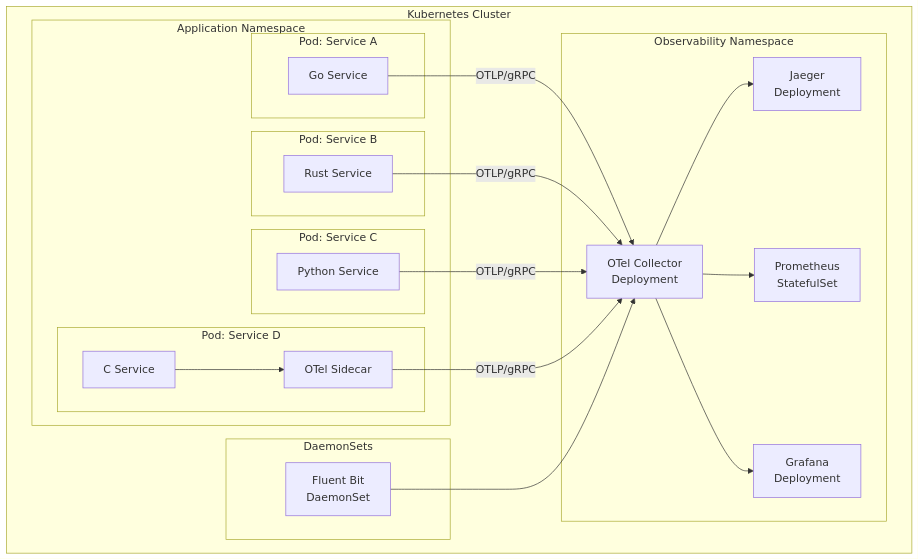
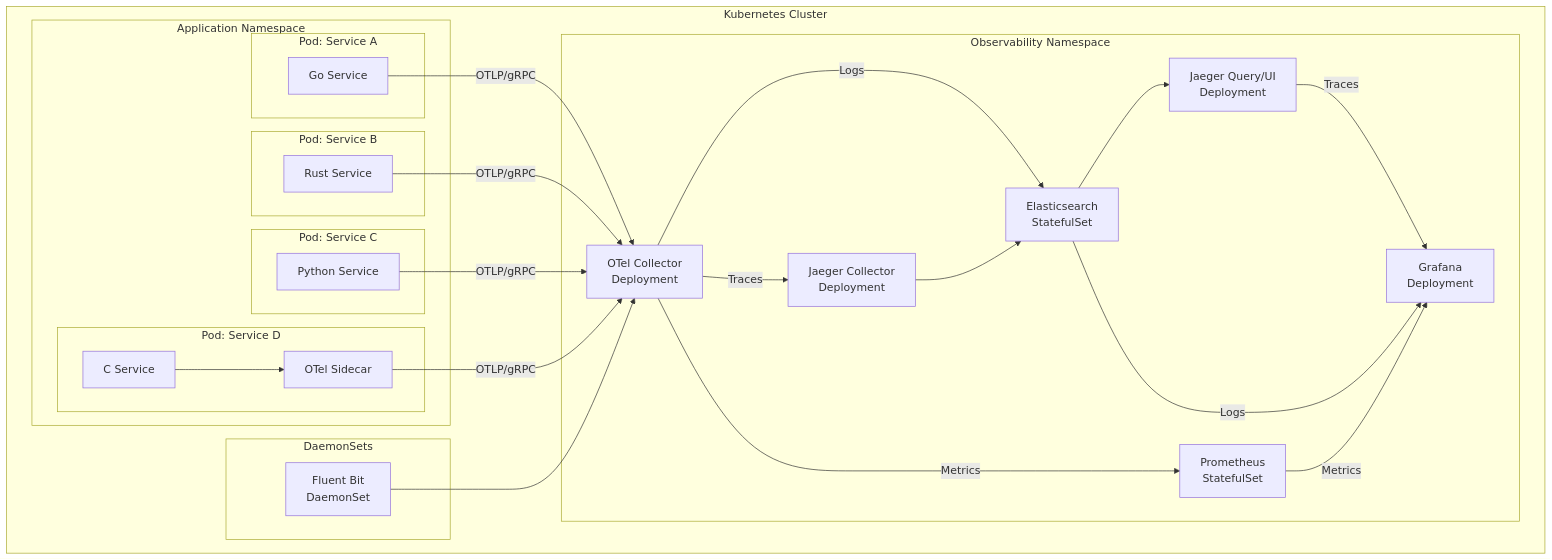
Diagram 13 of 20 in ARCHITECTURE.md (tordynnar/architecture_ideas), drawn with Mermaid before and after one commit. The commit also changed other lines of this file, not shown here.

First line of the commit message:
Simplify architecture: consolidate on Elasticsearch for traces and logs

````diff
--- a/ARCHITECTURE.md
+++ b/ARCHITECTURE.md
@@ -563,43 +538,50 @@
 ```mermaid
 flowchart TB
     subgraph "Kubernetes Cluster"
         subgraph "Application Namespace"
             subgraph "Pod: Service A"
                 SVC_A[Go Service]
             end
             subgraph "Pod: Service B"
                 SVC_B[Rust Service]
             end
             subgraph "Pod: Service C"
                 SVC_C[Python Service]
             end
             subgraph "Pod: Service D"
                 SVC_D[C Service]
                 SIDECAR[OTel Sidecar]
             end
         end
 
         subgraph "Observability Namespace"
             OTEL_DEPLOY[OTel Collector<br/>Deployment]
-            JAEGER_DEPLOY[Jaeger<br/>Deployment]
+            JAEGER_COL_DEPLOY[Jaeger Collector<br/>Deployment]
+            JAEGER_Q_DEPLOY[Jaeger Query/UI<br/>Deployment]
             PROM_DEPLOY[Prometheus<br/>StatefulSet]
+            ES_DEPLOY[Elasticsearch<br/>StatefulSet]
             GRAFANA_DEPLOY[Grafana<br/>Deployment]
         end
 
         subgraph "DaemonSets"
             FB_DS[Fluent Bit<br/>DaemonSet]
         end
     end
 
     SVC_A -->|OTLP/gRPC| OTEL_DEPLOY
     SVC_B -->|OTLP/gRPC| OTEL_DEPLOY
     SVC_C -->|OTLP/gRPC| OTEL_DEPLOY
     SVC_D --> SIDECAR
     SIDECAR -->|OTLP/gRPC| OTEL_DEPLOY
 
-    OTEL_DEPLOY --> JAEGER_DEPLOY
-    OTEL_DEPLOY --> PROM_DEPLOY
+    OTEL_DEPLOY -->|Traces| JAEGER_COL_DEPLOY
+    OTEL_DEPLOY -->|Metrics| PROM_DEPLOY
+    OTEL_DEPLOY -->|Logs| ES_DEPLOY
+    JAEGER_COL_DEPLOY --> ES_DEPLOY
+    ES_DEPLOY --> JAEGER_Q_DEPLOY
 
     FB_DS --> OTEL_DEPLOY
-    OTEL_DEPLOY --> GRAFANA_DEPLOY
+    JAEGER_Q_DEPLOY -->|Traces| GRAFANA_DEPLOY
+    ES_DEPLOY -->|Logs| GRAFANA_DEPLOY
+    PROM_DEPLOY -->|Metrics| GRAFANA_DEPLOY
 ```
````
